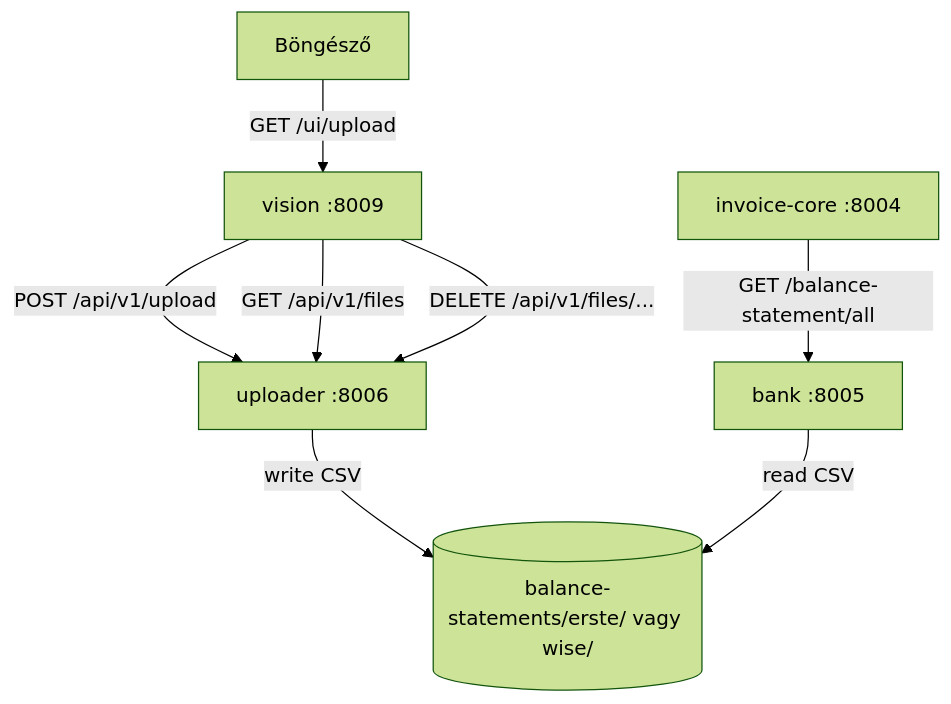
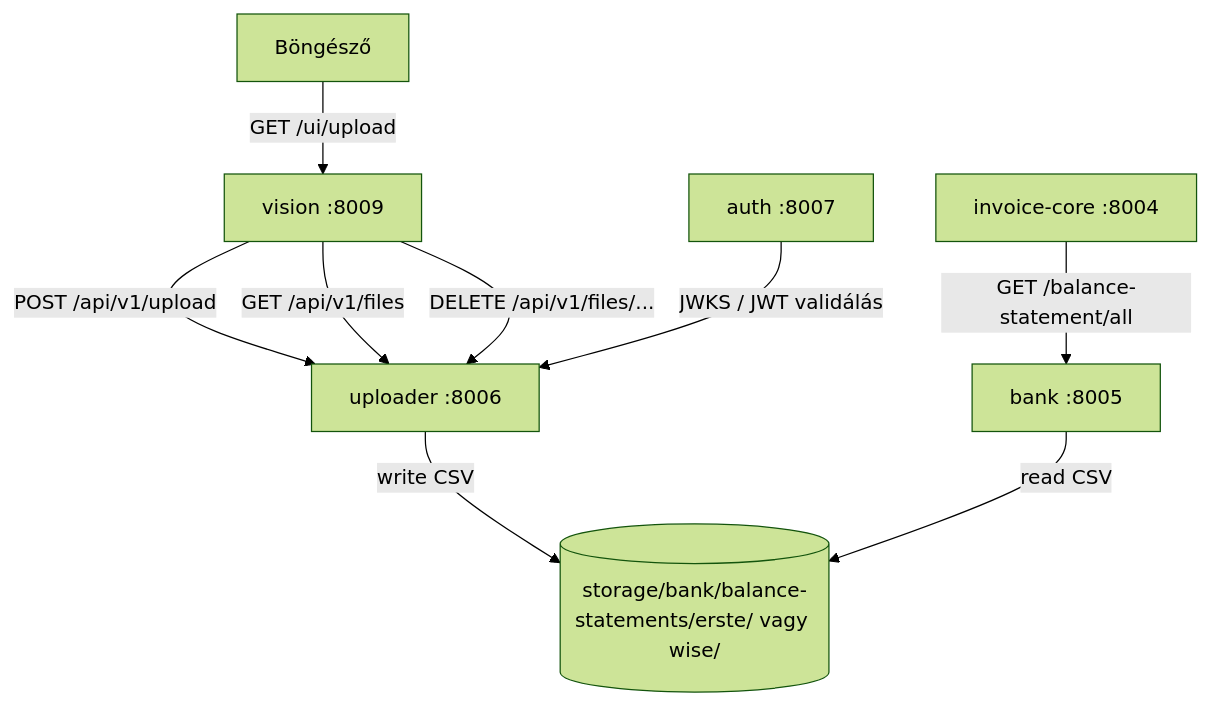
The diagram in moneypenny/uploader-spec.md (graphtrek/tiro), drawn with Mermaid (forest theme) before and after one commit. The commit also changed other lines of this file and 10 other files, not shown here.

````diff
--- a/moneypenny/uploader-spec.md
+++ b/moneypenny/uploader-spec.md
@@ -264,10 +315,11 @@
 ```mermaid
 flowchart TD
     B[Böngésző] -->|GET /ui/upload| V[vision :8009]
     V -->|POST /api/v1/upload| U[uploader :8006]
     V -->|GET /api/v1/files| U
     V -->|DELETE /api/v1/files/...| U
-    U -->|write CSV| S[(balance-statements/erste/ vagy wise/)]
+    U -->|write CSV| S[(storage/bank/balance-statements/erste/ vagy wise/)]
     BK[bank :8005] -->|read CSV| S
     IC[invoice-core :8004] -->|GET /balance-statement/all| BK
+    A[auth :8007] -->|JWKS / JWT validálás| U
 ```
````
